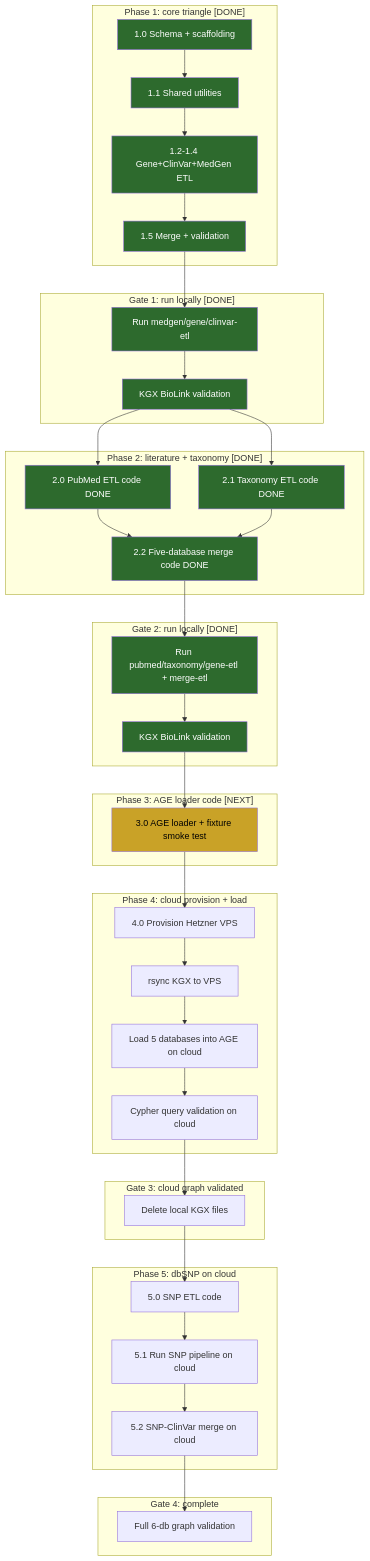
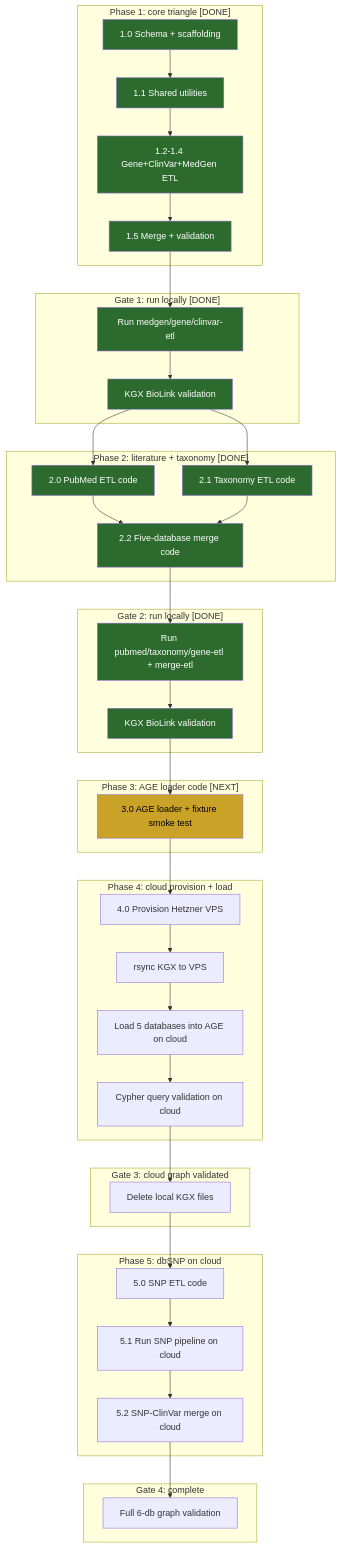
One commit to monideep2255/agentic-search-ui changed the diagram in docs/bossman_execution_plan.md. Above: the diagram before and after it, drawn with Mermaid.

Commit message:
Tidy Phase 2 mermaid nodes: drop redundant DONE suffix
Subgraph header already reads [DONE]; the same word on each node was visual
noise. Cosmetic only, no semantic change.

````diff
--- a/docs/bossman_execution_plan.md
+++ b/docs/bossman_execution_plan.md
@@ -11,73 +11,73 @@
 ```mermaid
 graph TD
     subgraph "Phase 1: core triangle [DONE]"
         P10[1.0 Schema + scaffolding]
         P11[1.1 Shared utilities]
         P12[1.2-1.4 Gene+ClinVar+MedGen ETL]
         P15[1.5 Merge + validation]
         P10 --> P11 --> P12 --> P15
     end
 
     subgraph "Gate 1: run locally [DONE]"
         G1R[Run medgen/gene/clinvar-etl]
         G1V[KGX BioLink validation]
         P15 --> G1R --> G1V
     end
 
     subgraph "Phase 2: literature + taxonomy [DONE]"
-        P20[2.0 PubMed ETL code DONE]
-        P21[2.1 Taxonomy ETL code DONE]
-        P22[2.2 Five-database merge code DONE]
+        P20[2.0 PubMed ETL code]
+        P21[2.1 Taxonomy ETL code]
+        P22[2.2 Five-database merge code]
         G1V --> P20 & P21
         P20 & P21 --> P22
     end
 
     subgraph "Gate 2: run locally [DONE]"
         G2R[Run pubmed/taxonomy/gene-etl + merge-etl]
         G2V[KGX BioLink validation]
         P22 --> G2R --> G2V
     end
 
     subgraph "Phase 3: AGE loader code [NEXT]"
         P30[3.0 AGE loader + fixture smoke test]
         G2V --> P30
     end
 
     subgraph "Phase 4: cloud provision + load"
         P40[4.0 Provision Hetzner VPS]
         P40R[rsync KGX to VPS]
         P40L[Load 5 databases into AGE on cloud]
         P40Q[Cypher query validation on cloud]
         P30 --> P40 --> P40R --> P40L --> P40Q
     end
 
     subgraph "Gate 3: cloud graph validated"
         G3D[Delete local KGX files]
         P40Q --> G3D
     end
 
     subgraph "Phase 5: dbSNP on cloud"
         P50[5.0 SNP ETL code]
         P51[5.1 Run SNP pipeline on cloud]
         P52[5.2 SNP-ClinVar merge on cloud]
         G3D --> P50 --> P51 --> P52
     end
 
     subgraph "Gate 4: complete"
         G4V[Full 6-db graph validation]
         P52 --> G4V
     end
 
     style P10 fill:#2d6a2d,color:#fff
     style P11 fill:#2d6a2d,color:#fff
     style P12 fill:#2d6a2d,color:#fff
     style P15 fill:#2d6a2d,color:#fff
     style G1R fill:#2d6a2d,color:#fff
     style G1V fill:#2d6a2d,color:#fff
     style P20 fill:#2d6a2d,color:#fff
     style P21 fill:#2d6a2d,color:#fff
     style P22 fill:#2d6a2d,color:#fff
     style G2R fill:#2d6a2d,color:#fff
     style G2V fill:#2d6a2d,color:#fff
     style P30 fill:#c9a227,color:#000
 ```
````
